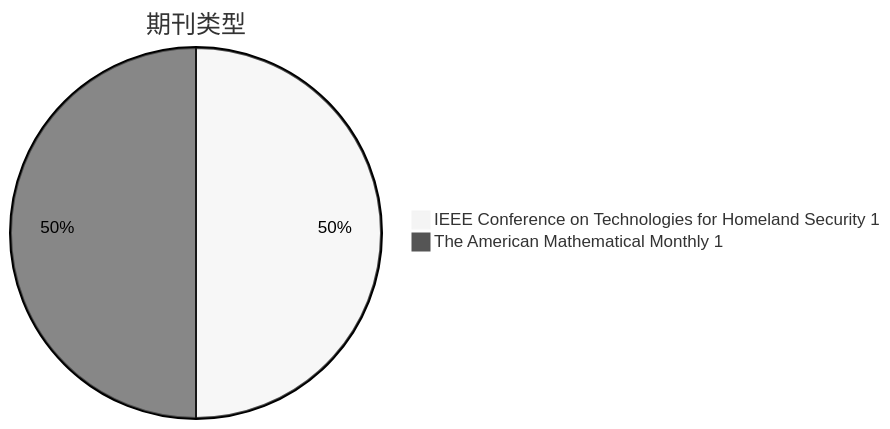
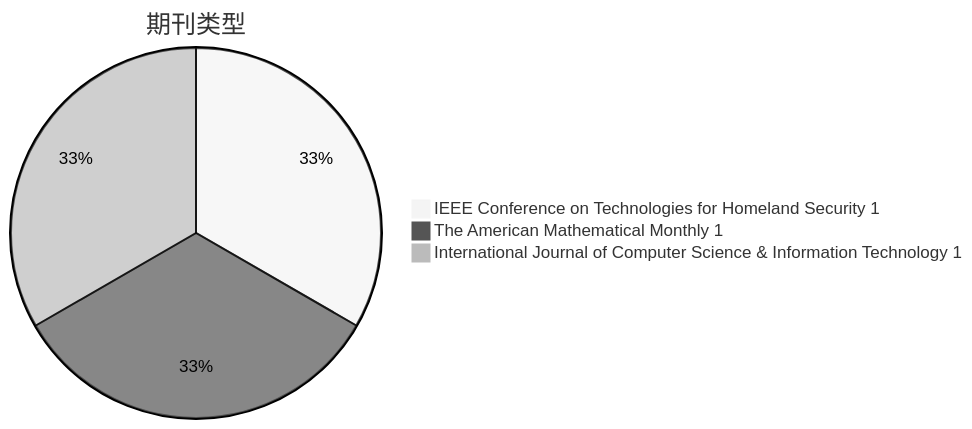
One commit to Elephant-King9/Paper changed the second of 5 diagrams in CV/PE/analyse.md. Above: the diagram before and after it, drawn with Mermaid (neutral theme). The commit also changed other lines of this file and 2 other files, not shown here.

````diff
--- a/CV/PE/analyse.md
+++ b/CV/PE/analyse.md
@@ -21,5 +22,6 @@
 ```mermaid
 pie title 期刊类型
 	"IEEE Conference on Technologies for Homeland Security 1" : 1
 	"The American Mathematical Monthly 1" : 1
+	"International Journal of Computer Science & Information Technology 1" : 1
 ```
````
